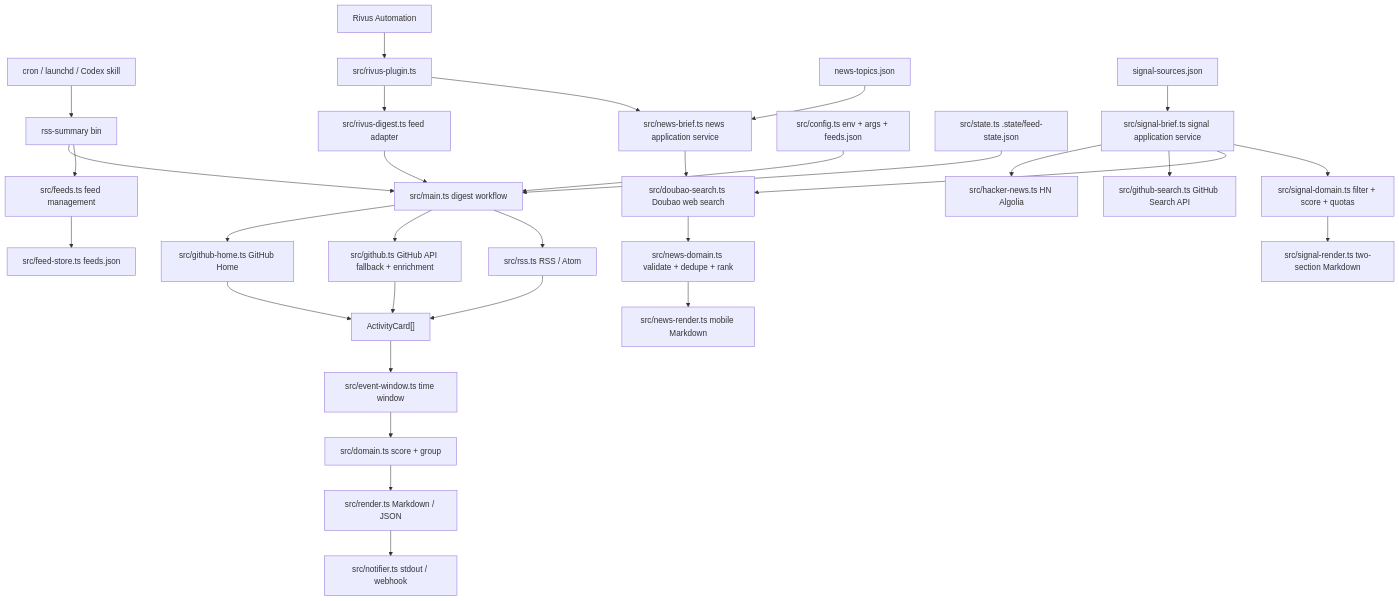
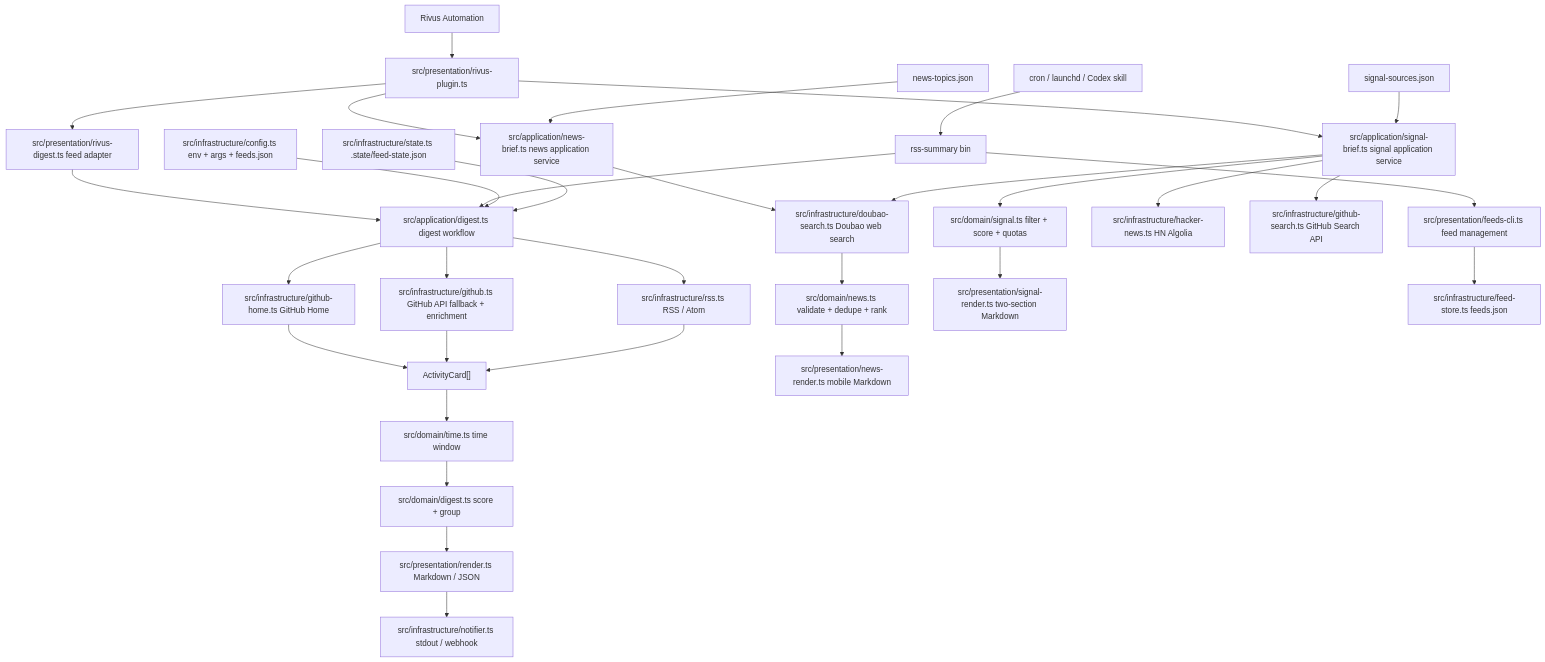
Before and after one commit to PerfectPan/rss-summary: the diagram in docs/architecture.md, drawn with Mermaid. The commit also changed other lines of this file and 145 other files, not shown here.

````diff
--- a/docs/architecture.md
+++ b/docs/architecture.md
@@ -9,39 +21,40 @@
 ```mermaid
 flowchart TD
   Trigger["cron / launchd / Codex skill"] --> CLI["rss-summary bin"]
-  RivusSchedule["Rivus Automation"] --> Plugin["src/rivus-plugin.ts"]
-  Plugin --> FeedAdapter["src/rivus-digest.ts feed adapter"]
-  Plugin --> NewsBrief["src/news-brief.ts news application service"]
+  RivusSchedule["Rivus Automation"] --> Plugin["src/presentation/rivus-plugin.ts"]
+  Plugin --> FeedAdapter["src/presentation/rivus-digest.ts feed adapter"]
+  Plugin --> NewsBrief["src/application/news-brief.ts news application service"]
+  Plugin --> SignalBrief["src/application/signal-brief.ts signal application service"]
   FeedAdapter --> Digest
-  CLI --> Digest["src/main.ts digest workflow"]
-  CLI --> FeedsCommand["src/feeds.ts feed management"]
+  CLI --> Digest["src/application/digest.ts digest workflow"]
+  CLI --> FeedsCommand["src/presentation/feeds-cli.ts feed management"]
 
-  Config["src/config.ts env + args + feeds.json"] --> Digest
-  Digest --> GitHubHome["src/github-home.ts GitHub Home"]
-  Digest --> GitHub["src/github.ts GitHub API fallback + enrichment"]
-  Digest --> RSS["src/rss.ts RSS / Atom"]
+  Config["src/infrastructure/config.ts env + args + feeds.json"] --> Digest
+  Digest --> GitHubHome["src/infrastructure/github-home.ts GitHub Home"]
+  Digest --> GitHub["src/infrastructure/github.ts GitHub API fallback + enrichment"]
+  Digest --> RSS["src/infrastructure/rss.ts RSS / Atom"]
 
   GitHubHome --> Cards["ActivityCard[]"]
   GitHub --> Cards
   RSS --> Cards
-  Cards --> Window["src/event-window.ts time window"]
-  Window --> Domain["src/domain.ts score + group"]
+  Cards --> Window["src/domain/time.ts time window"]
+  Window --> Domain["src/domain/digest.ts score + group"]
 
-  State["src/state.ts .state/feed-state.json"] --> Digest
-  Domain --> Render["src/render.ts Markdown / JSON"]
-  Render --> Notify["src/notifier.ts stdout / webhook"]
+  State["src/infrastructure/state.ts .state/feed-state.json"] --> Digest
+  Domain --> Render["src/presentation/render.ts Markdown / JSON"]
+  Render --> Notify["src/infrastructure/notifier.ts stdout / webhook"]
 
   Topics["news-topics.json"] --> NewsBrief
-  NewsBrief --> Doubao["src/doubao-search.ts Doubao web search"]
-  Doubao --> NewsDomain["src/news-domain.ts validate + dedupe + rank"]
-  NewsDomain --> NewsRender["src/news-render.ts mobile Markdown"]
+  NewsBrief --> Doubao["src/infrastructure/doubao-search.ts Doubao web search"]
+  Doubao --> NewsDomain["src/domain/news.ts validate + dedupe + rank"]
+  NewsDomain --> NewsRender["src/presentation/news-render.ts mobile Markdown"]
 
-  SignalSources["signal-sources.json"] --> SignalBrief["src/signal-brief.ts signal application service"]
-  SignalBrief --> HackerNews["src/hacker-news.ts HN Algolia"]
-  SignalBrief --> GithubSearch["src/github-search.ts GitHub Search API"]
+  SignalSources["signal-sources.json"] --> SignalBrief
+  SignalBrief --> HackerNews["src/infrastructure/hacker-news.ts HN Algolia"]
+  SignalBrief --> GithubSearch["src/infrastructure/github-search.ts GitHub Search API"]
   SignalBrief --> Doubao
-  SignalBrief --> SignalDomain["src/signal-domain.ts filter + score + quotas"]
-  SignalDomain --> SignalRender["src/signal-render.ts two-section Markdown"]
+  SignalBrief --> SignalDomain["src/domain/signal.ts filter + score + quotas"]
+  SignalDomain --> SignalRender["src/presentation/signal-render.ts two-section Markdown"]
 
-  FeedsCommand --> FeedStore["src/feed-store.ts feeds.json"]
+  FeedsCommand --> FeedStore["src/infrastructure/feed-store.ts feeds.json"]
 ```
````
